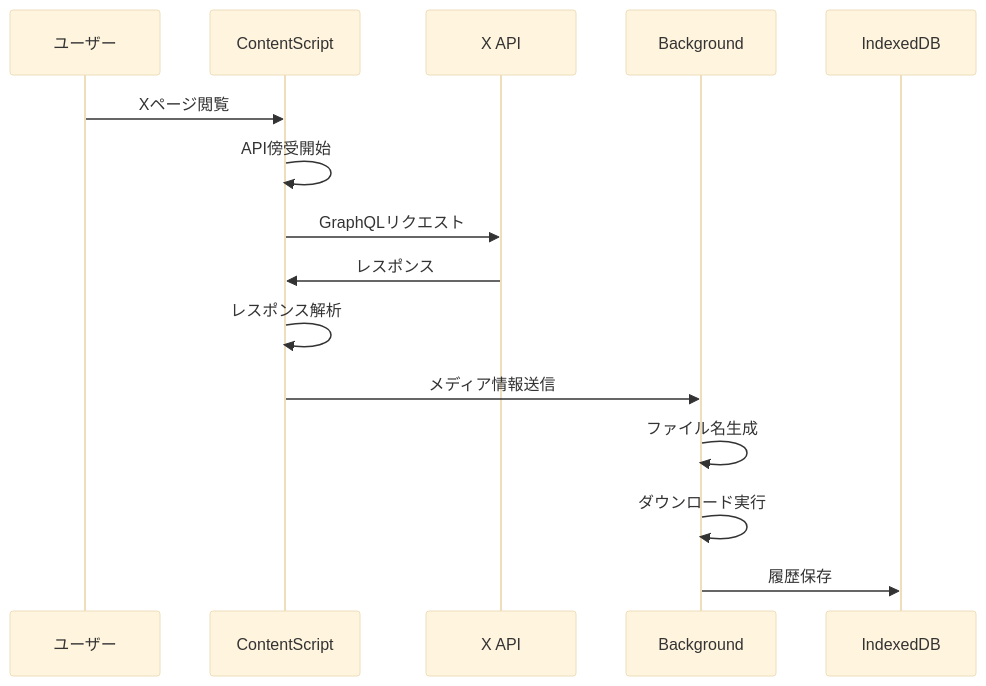
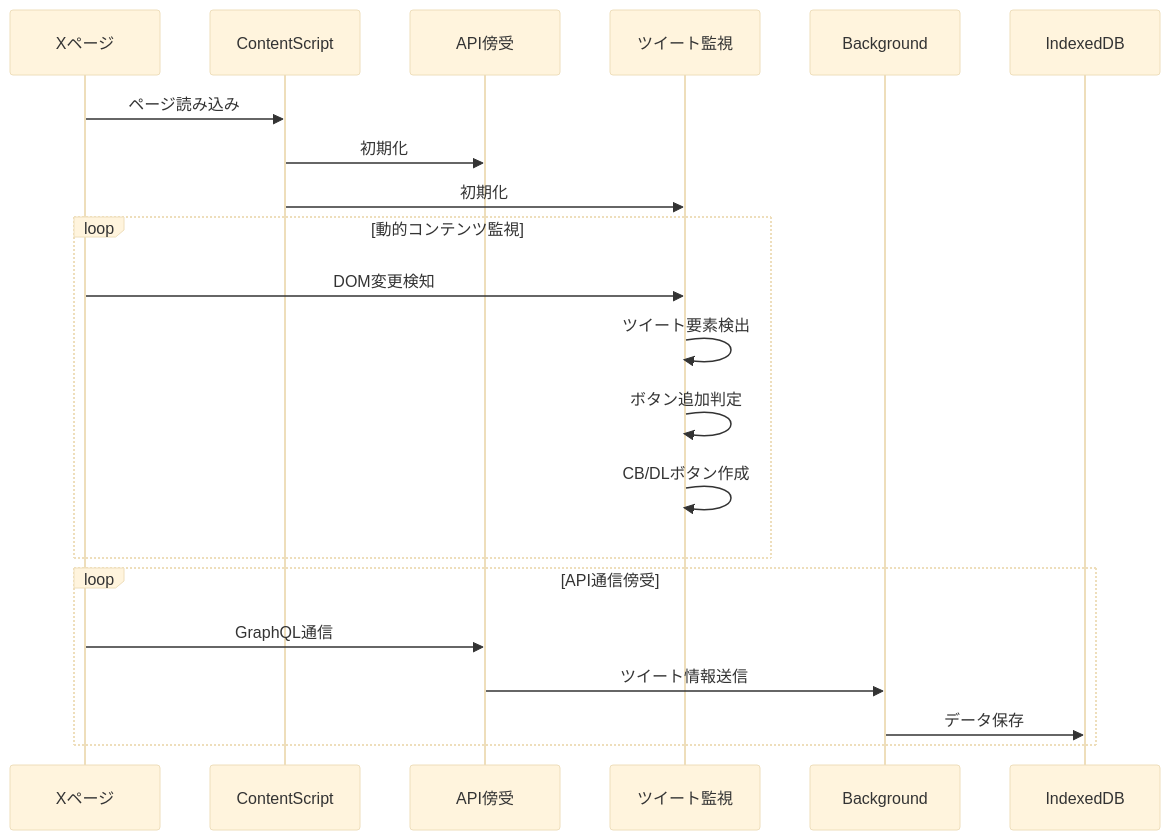
One commit to Hutaba-Makura/Comiketter changed the second of 14 diagrams in docs/data-flow-diagram.md. Above: the diagram before and after it, drawn with Mermaid (base theme). The commit also changed other lines of this file and 5 other files, not shown here.

Commit message:
feat: データフロー図とER図を更新し、全体のデータフローとデータベース設計を明確化しました。また、実装環境ドキュメントを整備し、プロジェクト構造を詳細に記述しました。

````diff
--- a/docs/data-flow-diagram.md
+++ b/docs/data-flow-diagram.md
@@ -68,18 +37,26 @@
 ```mermaid
 sequenceDiagram
-    participant U as ユーザー
+    participant X as Xページ
     participant CS as ContentScript
-    participant API as X API
+    participant API as API傍受
+    participant TO as ツイート監視
     participant BG as Background
     participant DB as IndexedDB
+
+    X->>CS: ページ読み込み
+    CS->>API: 初期化
+    CS->>TO: 初期化
     
-    U->>CS: Xページ閲覧
-    CS->>CS: API傍受開始
-    CS->>API: GraphQLリクエスト
-    API->>CS: レスポンス
-    CS->>CS: レスポンス解析
-    CS->>BG: メディア情報送信
-    BG->>BG: ファイル名生成
-    BG->>BG: ダウンロード実行
-    BG->>DB: 履歴保存
+    loop 動的コンテンツ監視
+        X->>TO: DOM変更検知
+        TO->>TO: ツイート要素検出
+        TO->>TO: ボタン追加判定
+        TO->>TO: CB/DLボタン作成
+    end
+    
+    loop API通信傍受
+        X->>API: GraphQL通信
+        API->>BG: ツイート情報送信
+        BG->>DB: データ保存
+    end
 ```
````
